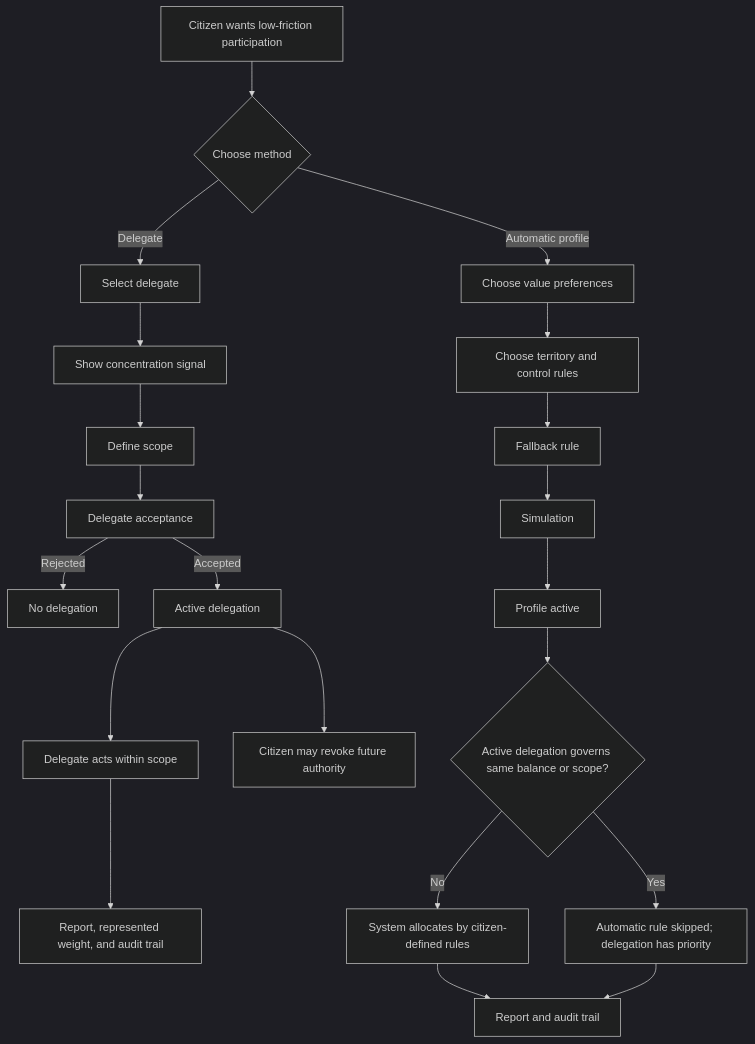
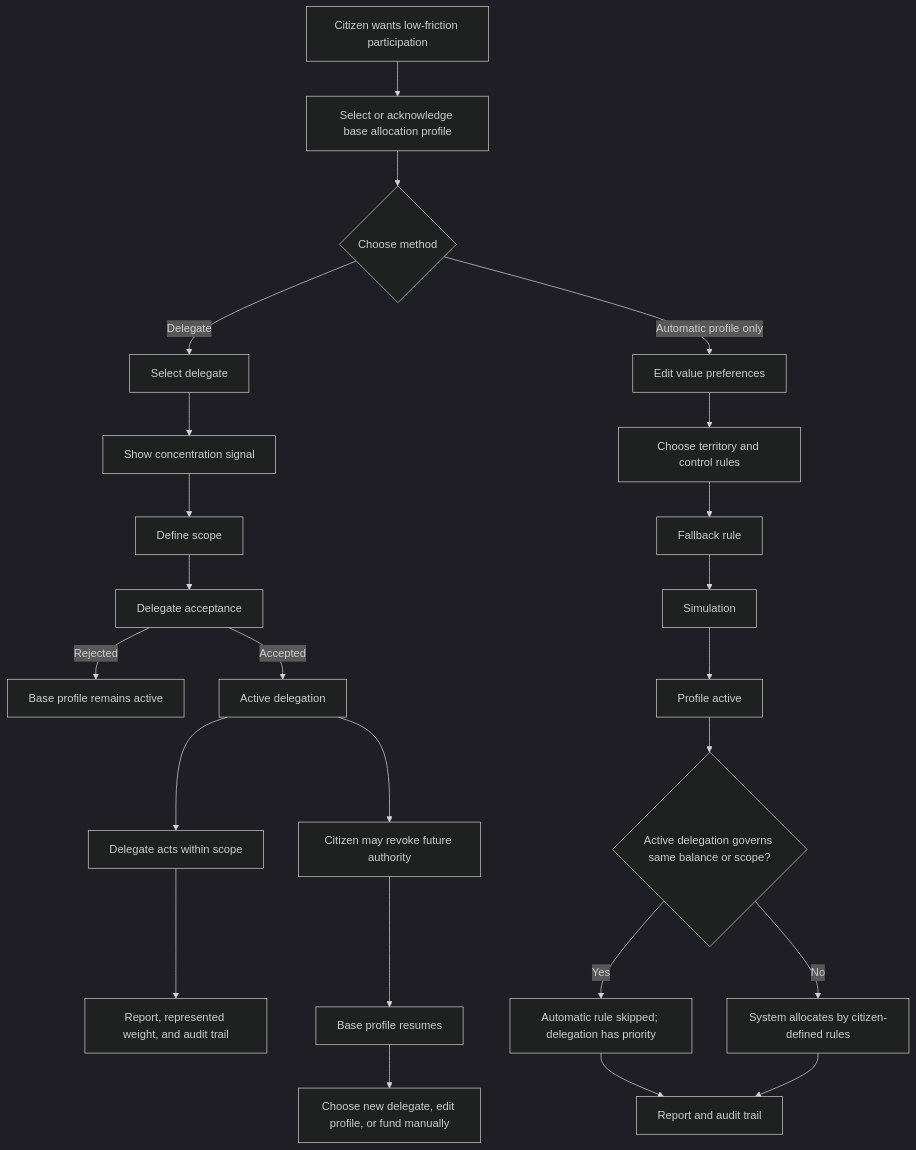
One commit to moffermann/distributed-governance-research changed the diagram in docs/diagrams/v0-delegation-automatic-allocation.md. Above: the diagram before and after it, drawn with Mermaid (dark theme). The commit also changed other lines of this file and 6 other files, not shown here.

First line of the commit message:
Align H047 with delegation fallback continuity

````diff
--- a/docs/diagrams/v0-delegation-automatic-allocation.md
+++ b/docs/diagrams/v0-delegation-automatic-allocation.md
@@ -9,26 +9,29 @@
 ```mermaid
 flowchart TD
     A[Citizen wants low-friction participation]
-    A --> B{Choose method}
+    A --> B[Select or acknowledge base allocation profile]
+    B --> C{Choose method}
 
-    B -->|Delegate| C[Select delegate]
-    C --> CS[Show concentration signal]
-    CS --> D[Define scope]
-    D --> E[Delegate acceptance]
-    E -->|Rejected| G[No delegation]
-    E -->|Accepted| F[Active delegation]
-    F --> H[Delegate acts within scope]
-    H --> I[Report, represented weight, and audit trail]
-    F --> J[Citizen may revoke future authority]
+    C -->|Delegate| D[Select delegate]
+    D --> E[Show concentration signal]
+    E --> F[Define scope]
+    F --> G[Delegate acceptance]
+    G -->|Rejected| H[Base profile remains active]
+    G -->|Accepted| I[Active delegation]
+    I --> J[Delegate acts within scope]
+    J --> K[Report, represented weight, and audit trail]
+    I --> L[Citizen may revoke future authority]
+    L --> M[Base profile resumes]
+    M --> N[Choose new delegate, edit profile, or fund manually]
 
-    B -->|Automatic profile| K[Choose value preferences]
-    K --> L[Choose territory and control rules]
-    L --> M[Fallback rule]
-    M --> N[Simulation]
-    N --> O[Profile active]
-    O --> P{Active delegation governs same balance or scope?}
-    P -->|Yes| S[Automatic rule skipped; delegation has priority]
-    P -->|No| Q[System allocates by citizen-defined rules]
-    Q --> R[Report and audit trail]
-    S --> R
+    C -->|Automatic profile only| O[Edit value preferences]
+    O --> P[Choose territory and control rules]
+    P --> Q[Fallback rule]
+    Q --> R[Simulation]
+    R --> S[Profile active]
+    S --> T{Active delegation governs same balance or scope?}
+    T -->|Yes| U[Automatic rule skipped; delegation has priority]
+    T -->|No| V[System allocates by citizen-defined rules]
+    U --> W[Report and audit trail]
+    V --> W
 ```
````
